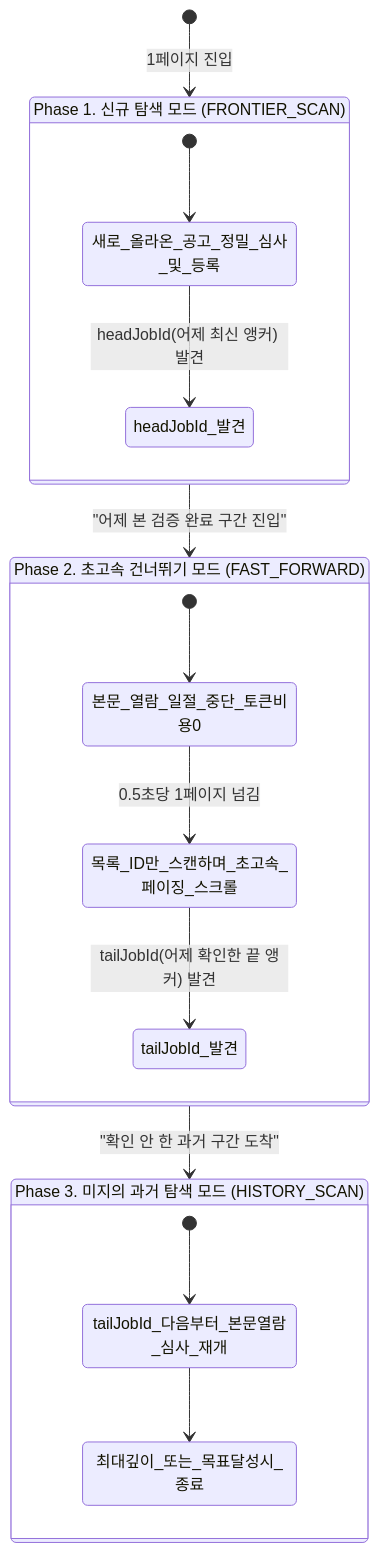
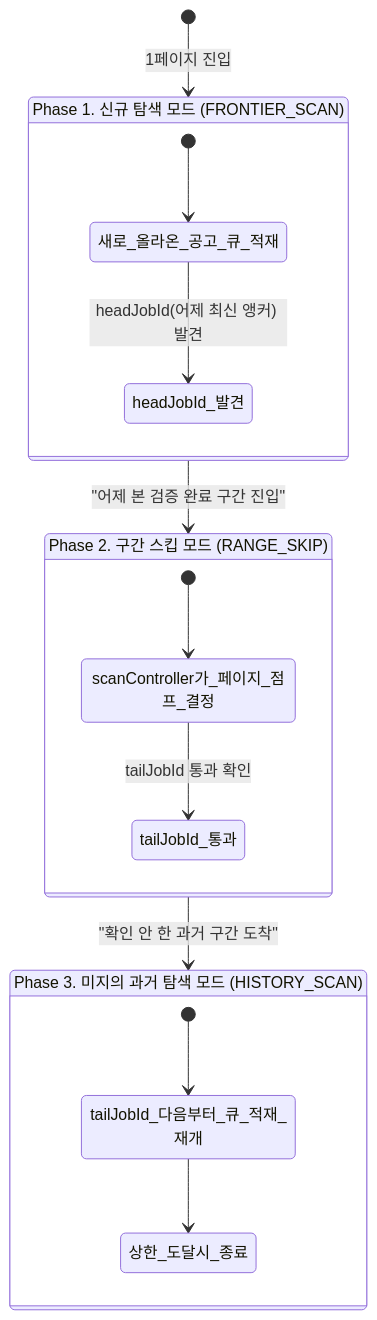
One commit to YeonShin/job-scraping-multi-agent changed the diagram in docs/06-harness-engineering.md. Above: the diagram before and after it, drawn with Mermaid. The commit also changed other lines of this file and 9 other files, not shown here.

````diff
--- a/docs/06-harness-engineering.md
+++ b/docs/06-harness-engineering.md
@@ -48,24 +54,23 @@
 ```mermaid
 stateDiagram-v2
     [*] --> 1_신규_탐색_모드 : 1페이지 진입
 
     state "Phase 1. 신규 탐색 모드 (FRONTIER_SCAN)" as 1_신규_탐색_모드 {
-        [*] --> 새로_올라온_공고_정밀_심사_및_등록
-        새로_올라온_공고_정밀_심사_및_등록 --> headJobId_발견 : headJobId(어제 최신 앵커) 발견
+        [*] --> 새로_올라온_공고_큐_적재
+        새로_올라온_공고_큐_적재 --> headJobId_발견 : headJobId(어제 최신 앵커) 발견
     }
 
-    1_신규_탐색_모드 --> 2_초고속_건너뛰기_모드 : "어제 본 검증 완료 구간 진입"
+    1_신규_탐색_모드 --> 2_구간_스킵_모드 : "어제 본 검증 완료 구간 진입"
 
-    state "Phase 2. 초고속 건너뛰기 모드 (FAST_FORWARD)" as 2_초고속_건너뛰기_모드 {
-        [*] --> 본문_열람_일절_중단_토큰비용0
-        본문_열람_일절_중단_토큰비용0 --> 목록_ID만_스캔하며_초고속_페이징_스크롤 : 0.5초당 1페이지 넘김
-        목록_ID만_스캔하며_초고속_페이징_스크롤 --> tailJobId_발견 : tailJobId(어제 확인한 끝 앵커) 발견
+    state "Phase 2. 구간 스킵 모드 (RANGE_SKIP)" as 2_구간_스킵_모드 {
+        [*] --> scanController가_페이지_점프_결정
+        scanController가_페이지_점프_결정 --> tailJobId_통과 : tailJobId 통과 확인
     }
 
-    2_초고속_건너뛰기_모드 --> 3_미지의_과거_탐색_모드 : "확인 안 한 과거 구간 도착"
+    2_구간_스킵_모드 --> 3_미지의_과거_탐색_모드 : "확인 안 한 과거 구간 도착"
 
     state "Phase 3. 미지의 과거 탐색 모드 (HISTORY_SCAN)" as 3_미지의_과거_탐색_모드 {
-        [*] --> tailJobId_다음부터_본문열람_심사_재개
-        tailJobId_다음부터_본문열람_심사_재개 --> 최대깊이_또는_목표달성시_종료
+        [*] --> tailJobId_다음부터_큐_적재_재개
+        tailJobId_다음부터_큐_적재_재개 --> 상한_도달시_종료
     }
 ```
````
